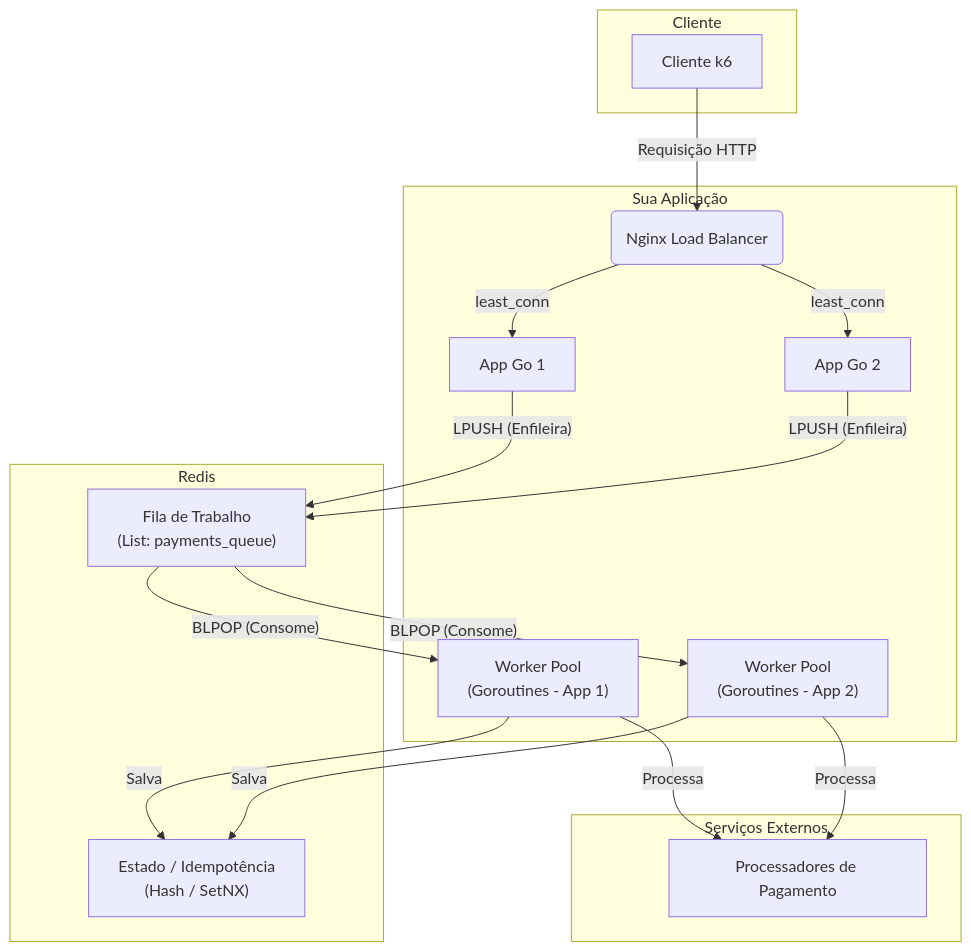
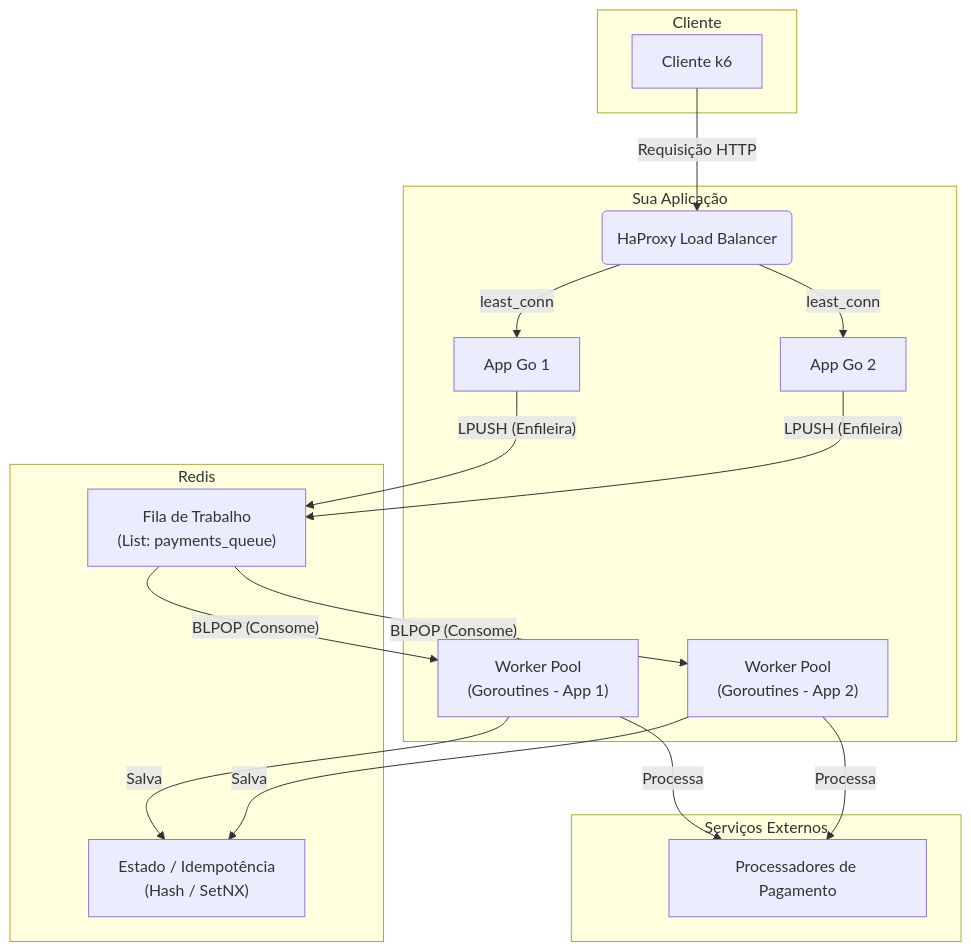
One commit to zanfranceschi/rinha-de-backend-2025 changed the diagram in participantes/rodrigo-militao-in-memory-v2/README.md. Above: the diagram before and after it, drawn with Mermaid. The commit also changed other lines of this file, not shown here.

````diff
--- a/participantes/rodrigo-militao-in-memory-v2/README.md
+++ b/participantes/rodrigo-militao-in-memory-v2/README.md
@@ -11,39 +11,39 @@
 ```mermaid
 graph TD
     subgraph Cliente
         A[Cliente k6]
     end
 
     subgraph "Sua Aplicação"
-        B(Nginx Load Balancer)
+        B(HaProxy Load Balancer)
         C1[App Go 1]
         C2[App Go 2]
         E1["Worker Pool<br/>(Goroutines - App 1)"]
         E2["Worker Pool<br/>(Goroutines - App 2)"]
     end
 
     subgraph "Redis"
         D["Fila de Trabalho<br/>(List: payments_queue)"]
         H["Estado / Idempotência<br/>(Hash / SetNX)"]
     end
 
     subgraph "Serviços Externos"
         G[Processadores de Pagamento]
     end
 
     A -- Requisição HTTP --> B
     B -- least_conn --> C1
     B -- least_conn --> C2
 
     C1 -- LPUSH (Enfileira) --> D
     C2 -- LPUSH (Enfileira) --> D
 
     D -- BLPOP (Consome) --> E1
     D -- BLPOP (Consome) --> E2
 
     E1 -- Processa --> G
     E2 -- Processa --> G
 
     E1 -- Salva --> H
     E2 -- Salva --> H
 ``` 
````
